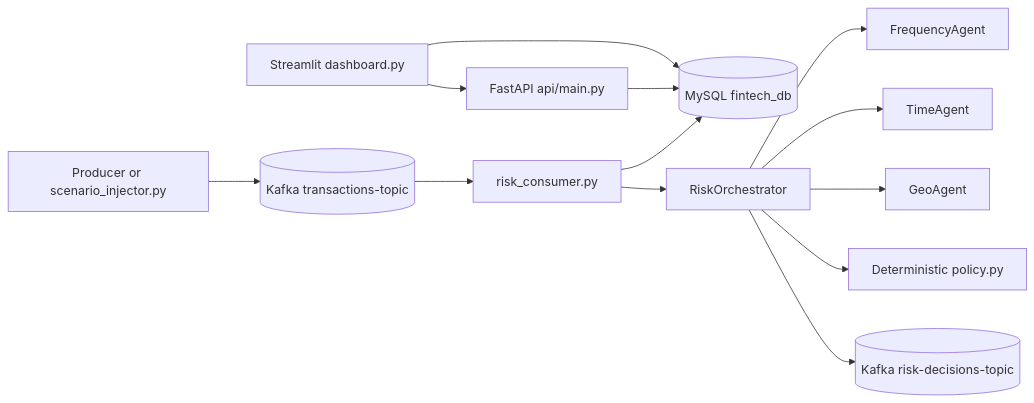
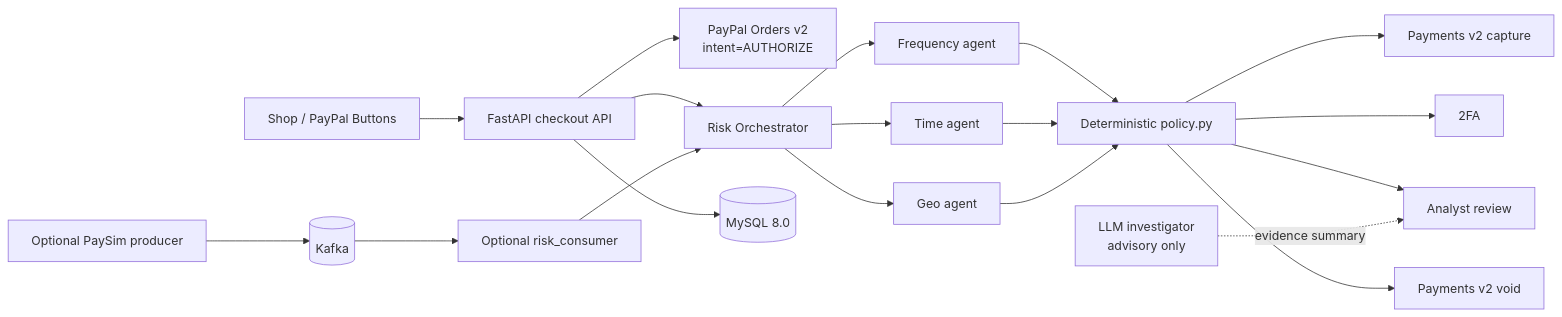
The diagram in README.md (zeba-source/paypal-shield-ai), drawn with Mermaid before and after one commit. The commit also changed other lines of this file and 42 other files, not shown here.

Commit message:
feat: publish PayPal Shield AI

````diff
--- a/README.md
+++ b/README.md
@@ -7,15 +15,20 @@
 ```mermaid
 flowchart LR
-    P[Producer or scenario_injector.py] --> KT[(Kafka transactions-topic)]
-    KT --> RC[risk_consumer.py]
-    RC --> DB[(MySQL fintech_db)]
-    RC --> O[RiskOrchestrator]
-    O --> F[FrequencyAgent]
-    O --> T[TimeAgent]
-    O --> G[GeoAgent]
-    O --> PE[Deterministic policy.py]
-    O --> KR[(Kafka risk-decisions-topic)]
-    API[FastAPI api/main.py] --> DB
-    UI[Streamlit dashboard.py] --> API
-    UI --> DB
+    SHOP[Shop / PayPal Buttons] --> API[FastAPI checkout API]
+    API --> ORDERS[PayPal Orders v2\nintent=AUTHORIZE]
+    API --> RISK[Risk Orchestrator]
+    RISK --> F[Frequency agent]
+    RISK --> T[Time agent]
+    RISK --> G[Geo agent]
+    F --> POLICY[Deterministic policy.py]
+    T --> POLICY
+    G --> POLICY
+    POLICY --> CAPTURE[Payments v2 capture]
+    POLICY --> TWOFA[2FA]
+    POLICY --> HOLD[Analyst review]
+    POLICY --> VOID[Payments v2 void]
+    API --> DB[(MySQL 8.0)]
+    INVESTIGATOR[LLM investigator\nadvisory only] -. evidence summary .-> HOLD
+    STREAM[Optional PaySim producer] --> KAFKA[(Kafka)] --> CONSUMER[Optional risk_consumer]
+    CONSUMER --> RISK
 ```
````
